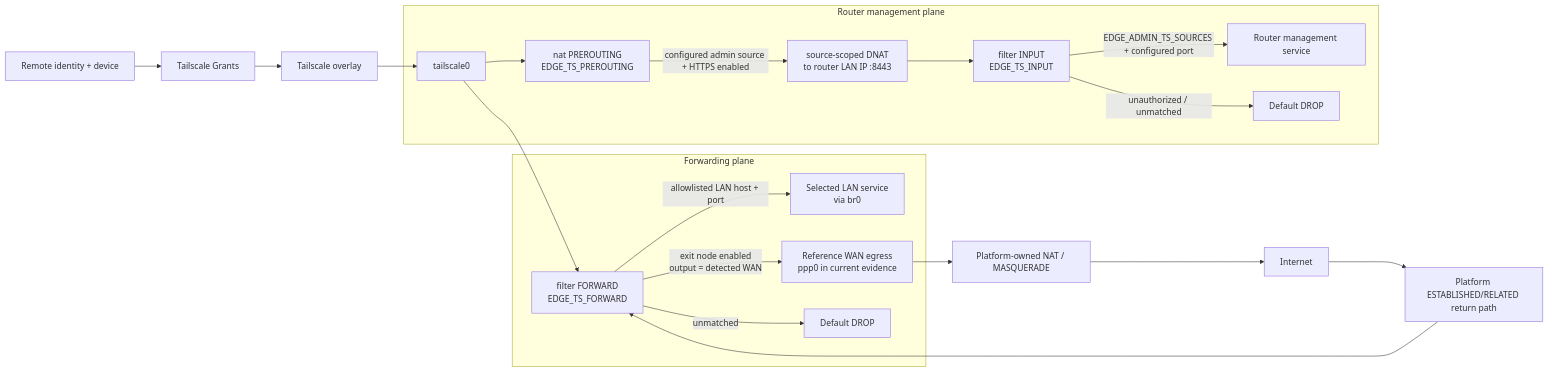
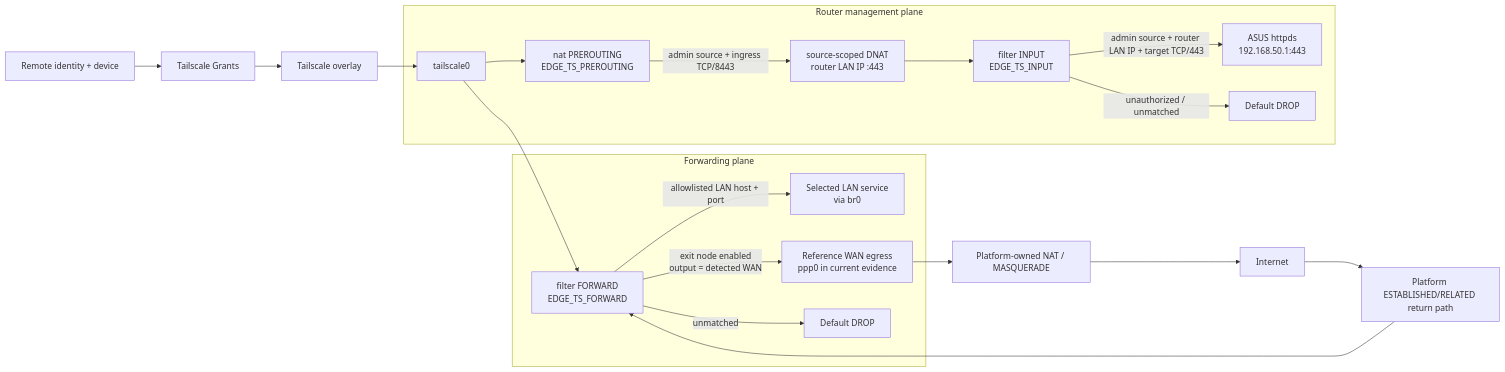
One commit to wojko6/Advanced-ASUS-Edge-Gateway-ZTNA-Infrastructure changed the diagram in docs/architecture/tailscale-management-exit-node-flow.md. Above: the diagram before and after it, drawn with Mermaid. The commit also changed other lines of this file, not shown here.

Commit message:
docs: show WebUI ingress-to-target port split

````diff
--- a/docs/architecture/tailscale-management-exit-node-flow.md
+++ b/docs/architecture/tailscale-management-exit-node-flow.md
@@ -7,26 +7,26 @@
 ```mermaid
 flowchart LR
     U["Remote identity + device"] --> G["Tailscale Grants"]
     G --> O["Tailscale overlay"]
     O --> T["tailscale0"]
 
     subgraph MGMT["Router management plane"]
         T --> NP["nat PREROUTING<br/>EDGE_TS_PREROUTING"]
-        NP -->|"configured admin source + HTTPS enabled"| DN["source-scoped DNAT<br/>to router LAN IP :8443"]
+        NP -->|"admin source + ingress TCP/8443"| DN["source-scoped DNAT<br/>router LAN IP :443"]
         DN --> IN["filter INPUT<br/>EDGE_TS_INPUT"]
-        IN -->|"EDGE_ADMIN_TS_SOURCES + configured port"| MS["Router management service"]
+        IN -->|"admin source + router LAN IP + target TCP/443"| MS["ASUS httpds<br/>192.168.50.1:443"]
         IN -->|"unauthorized / unmatched"| MD["Default DROP"]
     end
 
     subgraph FWD["Forwarding plane"]
         T --> FF["filter FORWARD<br/>EDGE_TS_FORWARD"]
         FF -->|"allowlisted LAN host + port"| LAN["Selected LAN service<br/>via br0"]
         FF -->|"exit node enabled<br/>output = detected WAN"| WAN["Reference WAN egress<br/>ppp0 in current evidence"]
         FF -->|"unmatched"| FD["Default DROP"]
     end
 
     WAN --> PN["Platform-owned NAT / MASQUERADE"]
     PN --> NET["Internet"]
     NET --> RET["Platform ESTABLISHED/RELATED return path"]
     RET --> FF
 ```
````
